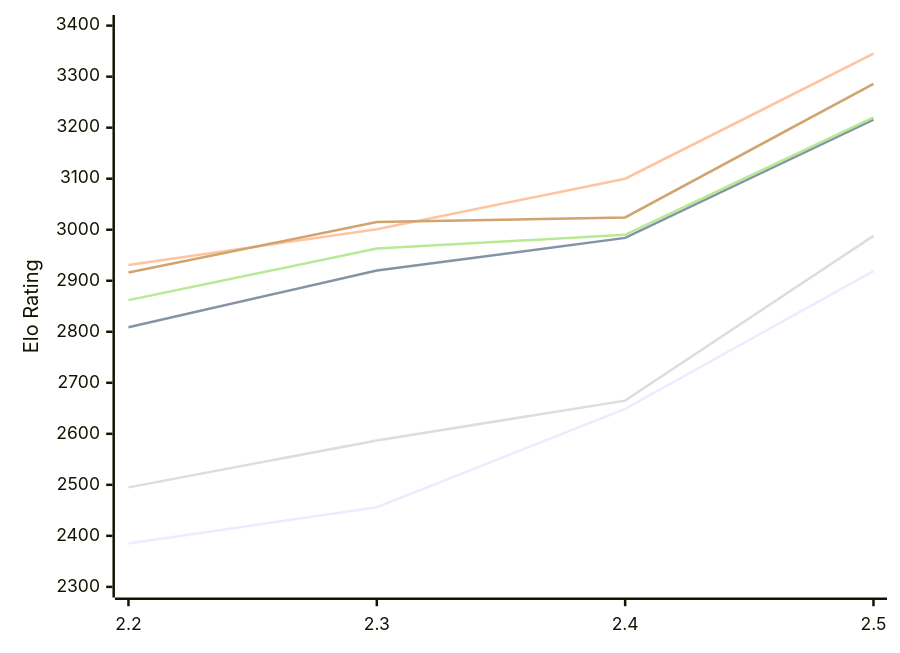
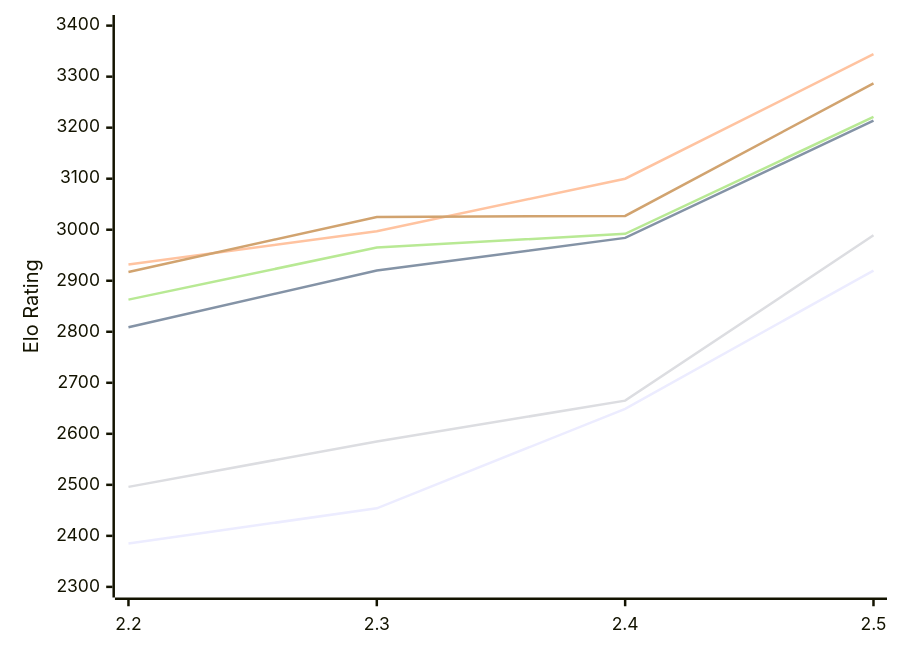
The first of 2 diagrams in engines/Sloth.md (computer-chess-index/cci), drawn with Mermaid before and after one commit. The commit also changed other lines of this file, not shown here.

Commit message:
Update CCI Ratings (ELO VLTC) - 2026-11-27

````diff
--- a/engines/Sloth.md
+++ b/engines/Sloth.md
@@ -54,12 +54,12 @@
 ```mermaid
 %%{init: {"theme":"base","themeVariables":{"seriesColors:['#a3a3a3','#222221','#faa371']}}}%%
 xychart-beta
   x-axis ["2.2", "2.3", "2.4", "2.5"]
   y-axis "Elo Rating" 2300 --> 3400
-  line "E1: STC (8.0+0.08s)" [2385, 2456, 2649, 2919]
-  line "E1: LTC (60.0+0.60s)" [2809, 2920, 2984, 3216]
-  line "E1: VLTC (2m24s+1.12s)" [2931, 3001, 3100, 3345]
-  line "P1: STC (8.0+0.08s)" [2495, 2587, 2665, 2988]
-  line "P1: LTC (60.0+0.60s)" [2862, 2963, 2990, 3220]
-  line "P1: VLTC (2m24s+1.12s)" [2916, 3015, 3024, 3286]
+  line "E1: STC (8.0+0.08s)" [2385, 2454, 2649, 2920]
+  line "E1: LTC (60.0+0.60s)" [2809, 2920, 2984, 3214]
+  line "E1: VLTC (2m24s+1.12s)" [2932, 2997, 3100, 3344]
+  line "P1: STC (8.0+0.08s)" [2496, 2585, 2665, 2989]
+  line "P1: LTC (60.0+0.60s)" [2863, 2965, 2992, 3221]
+  line "P1: VLTC (2m24s+1.12s)" [2917, 3025, 3027, 3287]
 ```
````
